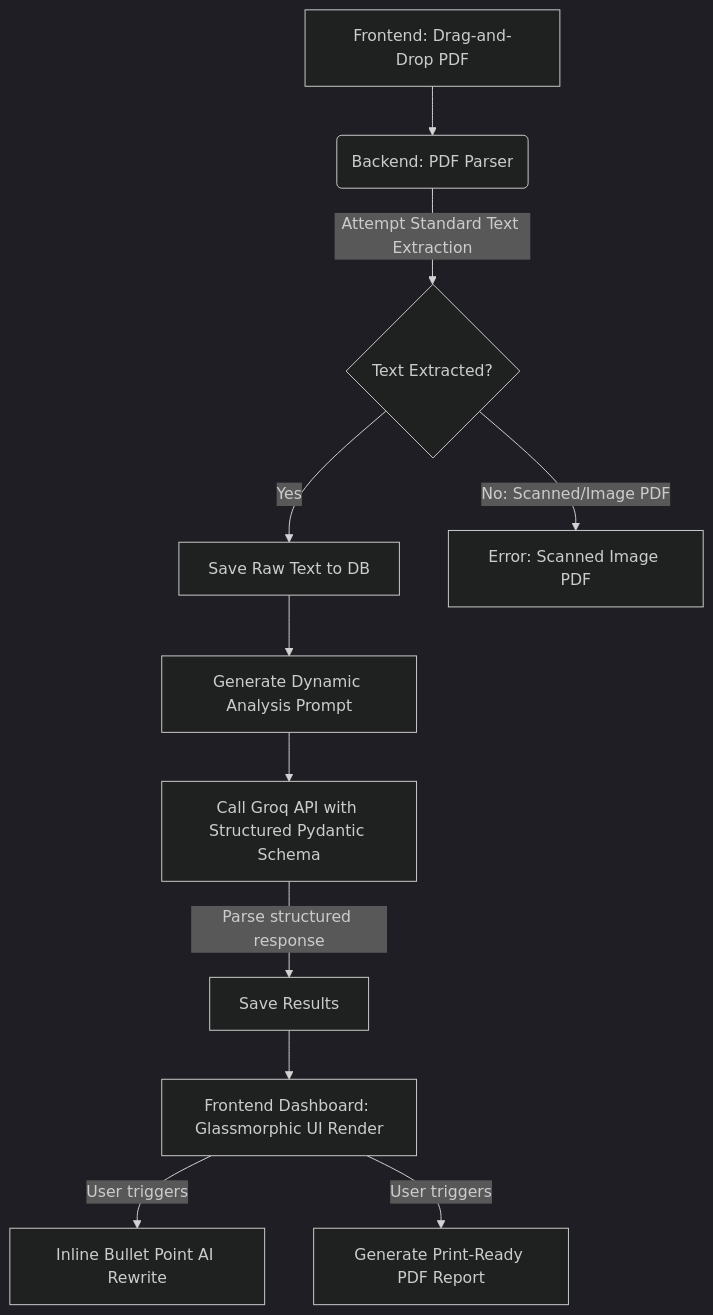
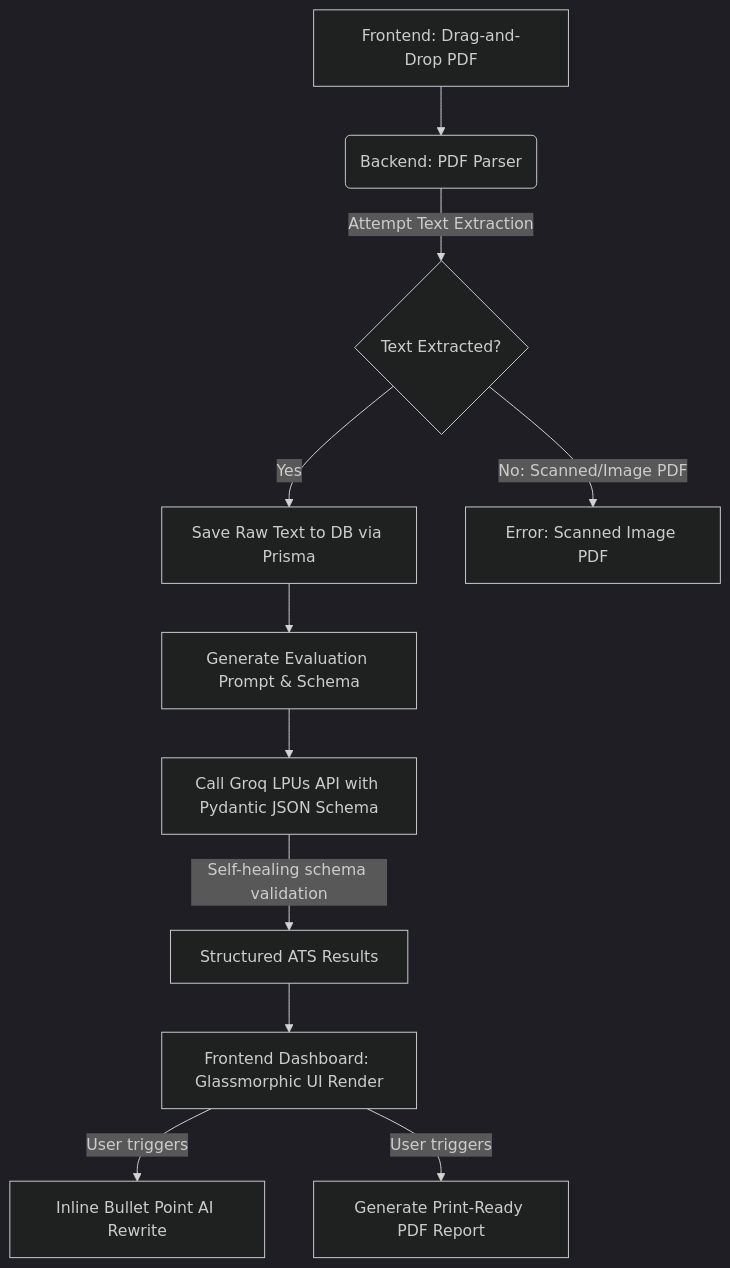
The diagram in README.md (ah-nd-naf/AI-Resume-Analyzer), drawn with Mermaid (dark theme) before and after one commit. The commit also changed other lines of this file, not shown here.

````diff
--- a/README.md
+++ b/README.md
@@ -19,13 +22,13 @@
 ```mermaid
 graph TD
     A[Frontend: Drag-and-Drop PDF] --> B(Backend: PDF Parser)
-    B -->|Attempt Standard Text Extraction| C{Text Extracted?}
-    C -->|Yes| E[Save Raw Text to DB]
+    B -->|Attempt Text Extraction| C{Text Extracted?}
+    C -->|Yes| E[Save Raw Text to DB via Prisma]
     C -->|No: Scanned/Image PDF| D[Error: Scanned Image PDF]
-    E --> F[Generate Dynamic Analysis Prompt]
-    F --> G[Call Groq API with Structured Pydantic Schema]
-    G -->|Parse structured response| H[Save Results]
+    E --> F[Generate Evaluation Prompt & Schema]
+    F --> G[Call Groq LPUs API with Pydantic JSON Schema]
+    G -->|Self-healing schema validation| H[Structured ATS Results]
     H --> I[Frontend Dashboard: Glassmorphic UI Render]
     I -->|User triggers| J[Inline Bullet Point AI Rewrite]
     I -->|User triggers| K[Generate Print-Ready PDF Report]
 ```
````
